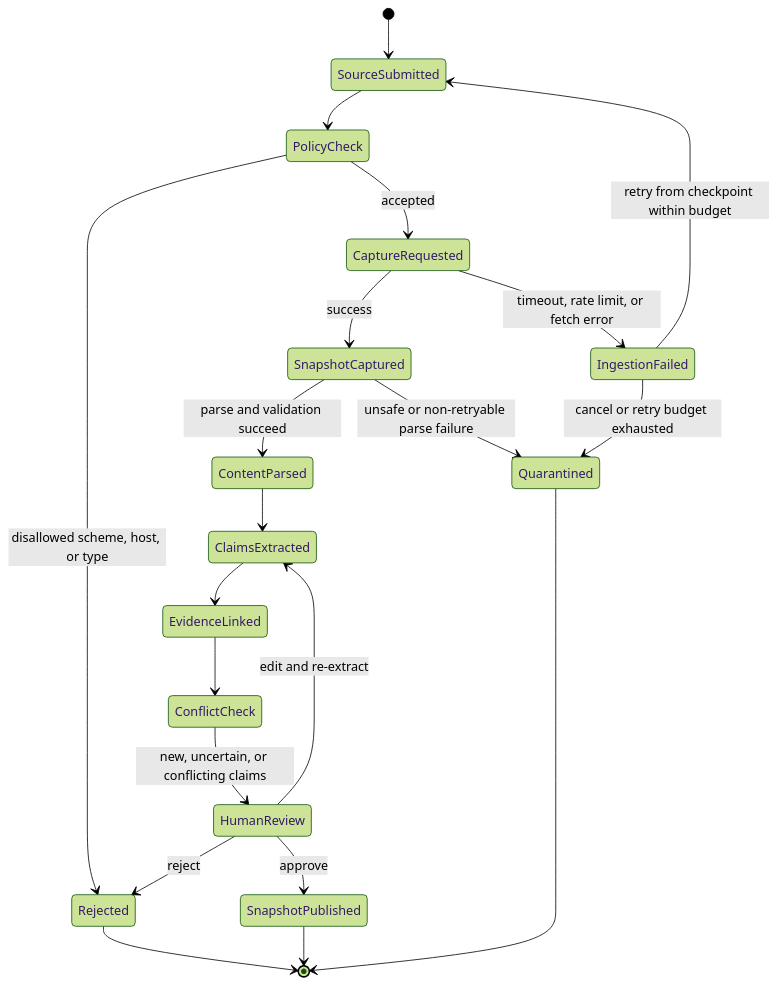
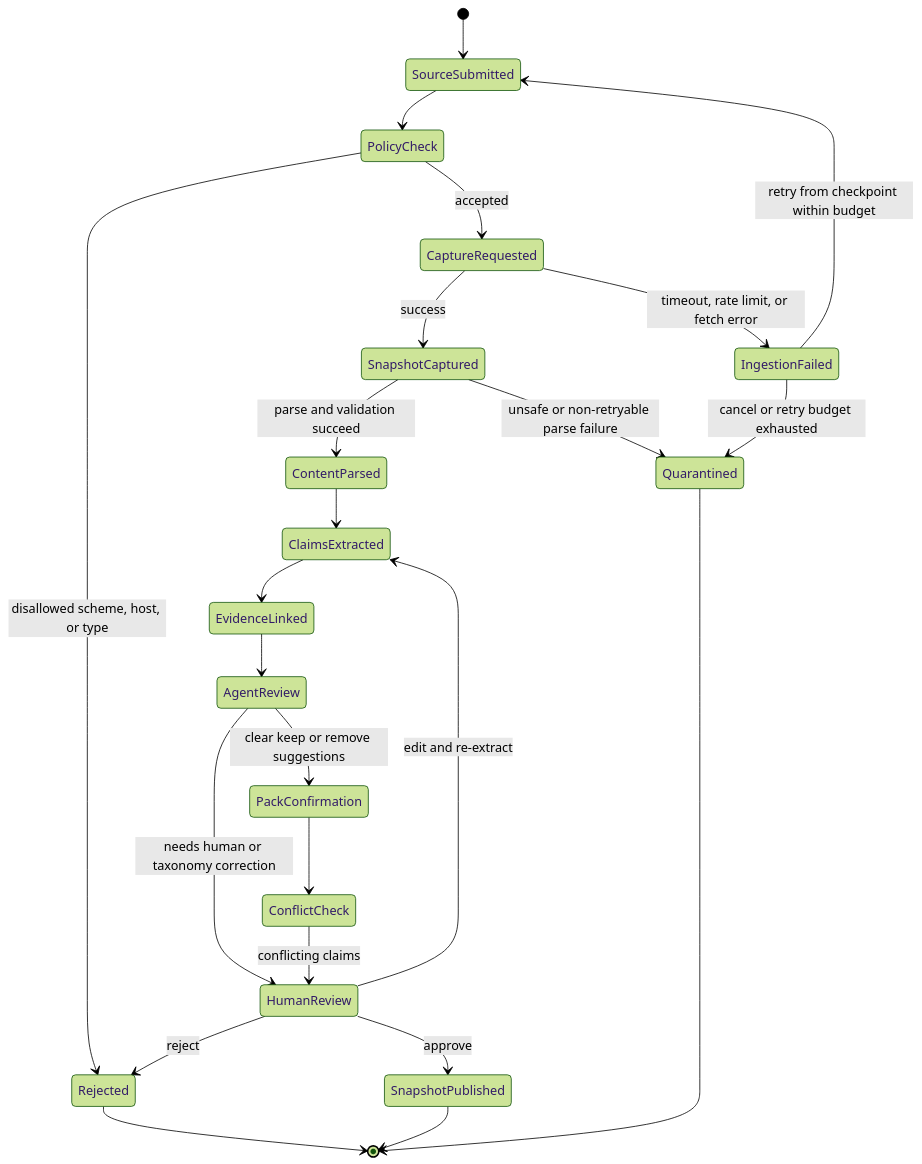
One commit to Wenqi77Zhang/GameCrafter-Agent changed the ninth of 23 diagrams in docs/architecture/system-architecture.md. Above: the diagram before and after it, drawn with Mermaid (forest theme). The commit also changed other lines of this file and 44 other files, not shown here.

````diff
--- a/docs/architecture/system-architecture.md
+++ b/docs/architecture/system-architecture.md
@@ -258,23 +297,26 @@
 ```mermaid
 stateDiagram-v2
     [*] --> SourceSubmitted
     SourceSubmitted --> PolicyCheck
     PolicyCheck --> Rejected: disallowed scheme, host, or type
     PolicyCheck --> CaptureRequested: accepted
     CaptureRequested --> SnapshotCaptured: success
     CaptureRequested --> IngestionFailed: timeout, rate limit, or fetch error
     SnapshotCaptured --> ContentParsed: parse and validation succeed
     SnapshotCaptured --> Quarantined: unsafe or non-retryable parse failure
     IngestionFailed --> SourceSubmitted: retry from checkpoint within budget
     IngestionFailed --> Quarantined: cancel or retry budget exhausted
     ContentParsed --> ClaimsExtracted
     ClaimsExtracted --> EvidenceLinked
-    EvidenceLinked --> ConflictCheck
-    ConflictCheck --> HumanReview: new, uncertain, or conflicting claims
+    EvidenceLinked --> AgentReview
+    AgentReview --> HumanReview: needs human or taxonomy correction
+    AgentReview --> PackConfirmation: clear keep or remove suggestions
+    PackConfirmation --> ConflictCheck
+    ConflictCheck --> HumanReview: conflicting claims
     HumanReview --> ClaimsExtracted: edit and re-extract
     HumanReview --> Rejected: reject
     HumanReview --> SnapshotPublished: approve
     SnapshotPublished --> [*]
     Rejected --> [*]
     Quarantined --> [*]
 ```
````
